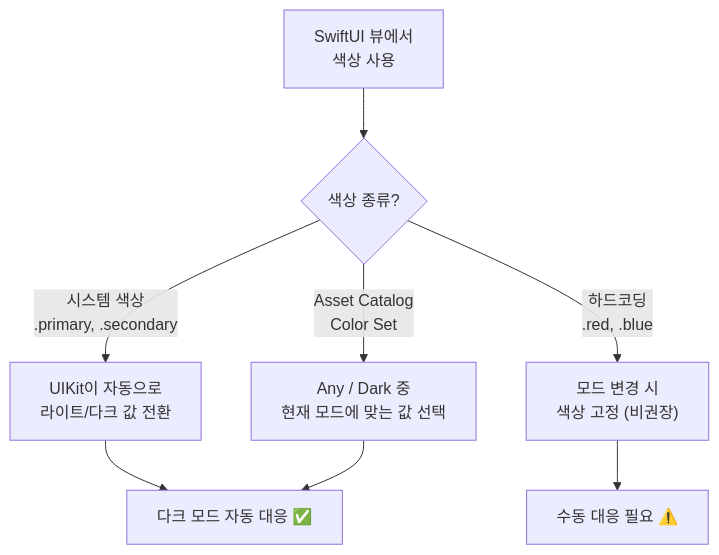
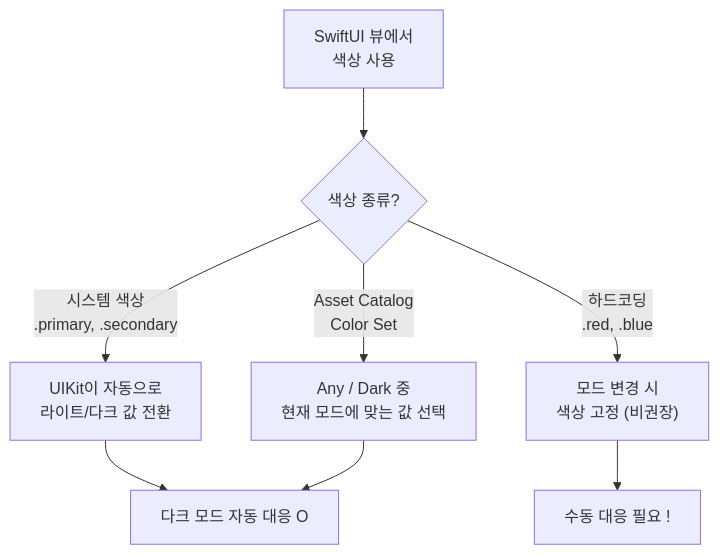
Before and after one commit to jsonpassion/forge-tutorial-swift: the third of 3 diagrams in 04-navigation-design/04-sf-symbols.md, drawn with Mermaid. The commit also changed other lines of this file and 69 other files, not shown here.

````diff
--- a/04-navigation-design/04-sf-symbols.md
+++ b/04-navigation-design/04-sf-symbols.md
@@ -267,10 +267,10 @@
 ```mermaid
 flowchart TD
-    A["SwiftUI 뷰에서\n색상 사용"] --> B{"색상 종류?"}
-    B -->|"시스템 색상\n.primary, .secondary"| C["UIKit이 자동으로\n라이트/다크 값 전환"]
-    B -->|"Asset Catalog\nColor Set"| D["Any / Dark 중\n현재 모드에 맞는 값 선택"]
-    B -->|"하드코딩\n.red, .blue"| E["모드 변경 시\n색상 고정 (비권장)"]
-    C --> F["다크 모드 자동 대응 ✅"]
+    A["SwiftUI 뷰에서<br/>색상 사용"] --> B{"색상 종류?"}
+    B -->|"시스템 색상<br/>.primary, .secondary"| C["UIKit이 자동으로<br/>라이트/다크 값 전환"]
+    B -->|"Asset Catalog<br/>Color Set"| D["Any / Dark 중<br/>현재 모드에 맞는 값 선택"]
+    B -->|"하드코딩<br/>.red, .blue"| E["모드 변경 시<br/>색상 고정 (비권장)"]
+    C --> F["다크 모드 자동 대응 O"]
     D --> F
-    E --> G["수동 대응 필요 ⚠️"]
+    E --> G["수동 대응 필요 !"]
 ```
````
